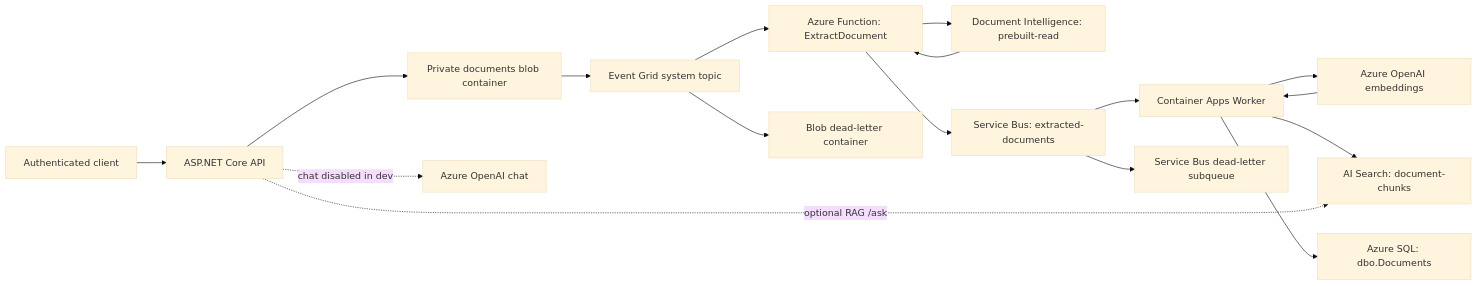
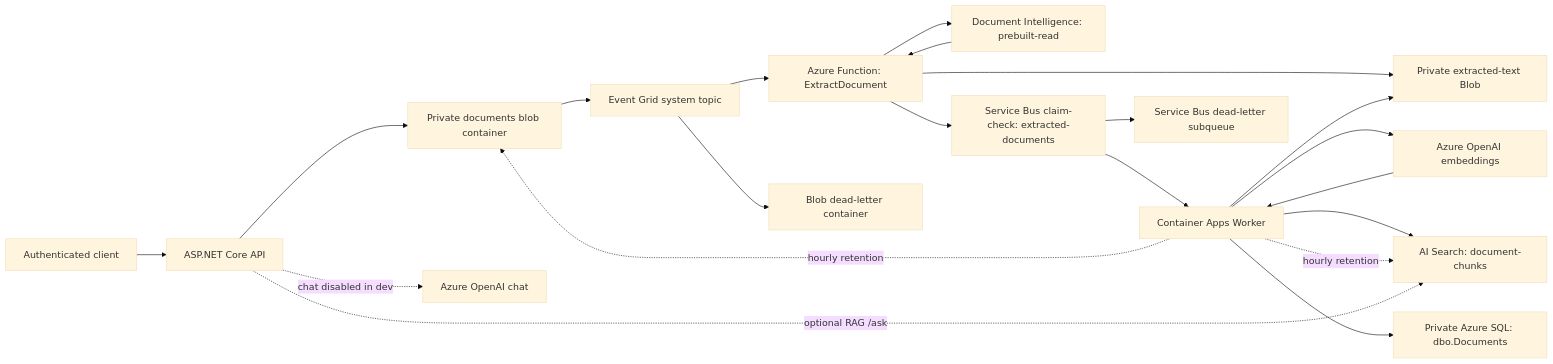
Before and after one commit to JermaineIsmael/document-intake-platform: the diagram in docs/development/deployment-verification.md, drawn with Mermaid (base theme). The commit also changed other lines of this file and 12 other files, not shown here.

````diff
--- a/docs/development/deployment-verification.md
+++ b/docs/development/deployment-verification.md
@@ -84,19 +107,23 @@
 ```mermaid
 flowchart LR
     Client[Authenticated client] --> API[ASP.NET Core API]
     API --> Original[Private documents blob container]
     Original --> EG[Event Grid system topic]
     EG --> Extractor[Azure Function: ExtractDocument]
     Extractor --> DI[Document Intelligence: prebuilt-read]
     DI --> Extractor
-    Extractor --> SB[Service Bus: extracted-documents]
+    Extractor --> Text[Private extracted-text Blob]
+    Extractor --> SB[Service Bus claim-check: extracted-documents]
     SB --> Worker[Container Apps Worker]
+    Worker --> Text
     Worker --> Embeddings[Azure OpenAI embeddings]
     Embeddings --> Worker
     Worker --> Search[AI Search: document-chunks]
-    Worker --> SQL[Azure SQL: dbo.Documents]
+    Worker --> SQL[Private Azure SQL: dbo.Documents]
+    Worker -. hourly retention .-> Original
+    Worker -. hourly retention .-> Search
     EG --> EGDL[Blob dead-letter container]
     SB --> SBDL[Service Bus dead-letter subqueue]
     API -. optional RAG /ask .-> Search
     API -. chat disabled in dev .-> Chat[Azure OpenAI chat]
 ```
````
